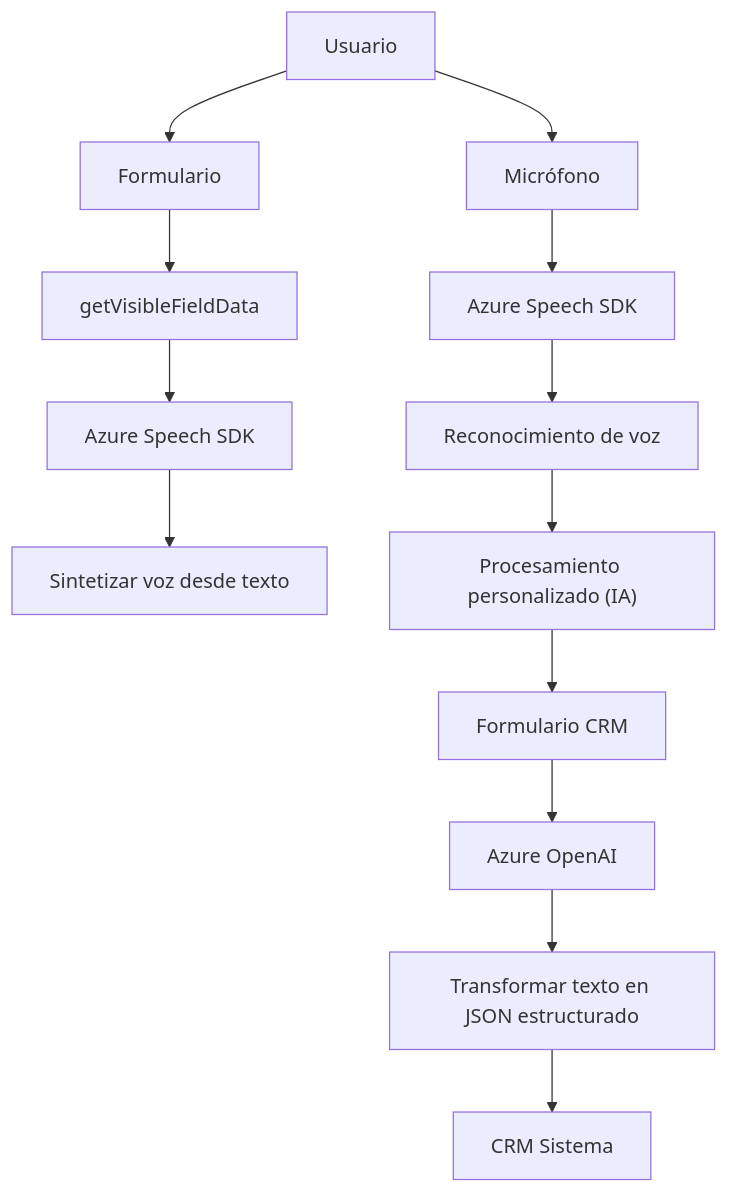
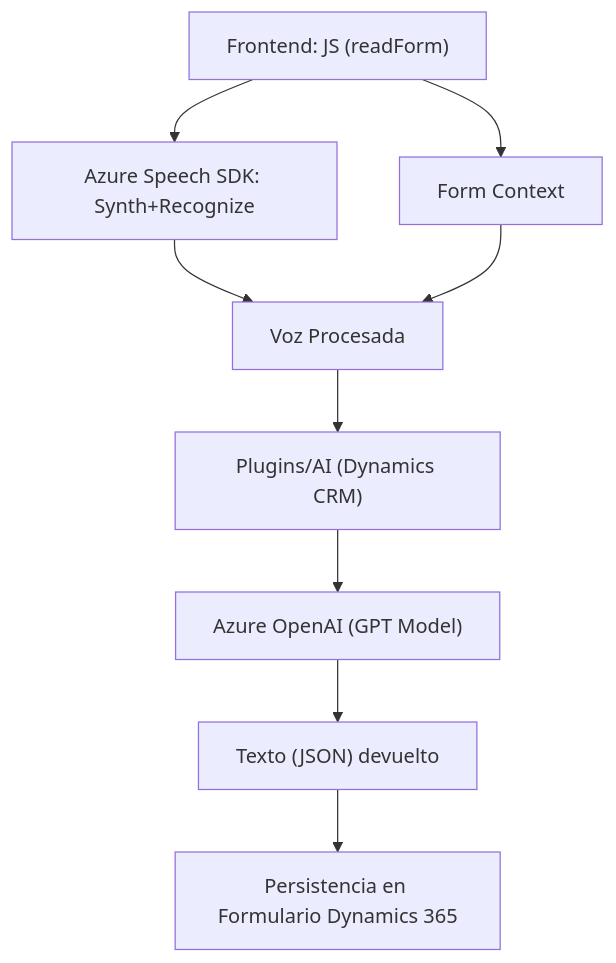
One commit to blopezdm/NETCORE_BILBAO2025 changed the diagram in README.md. Above: the diagram before and after it, drawn with Mermaid. The commit also changed other lines of this file, not shown here.

````diff
--- a/README.md
+++ b/README.md
@@ -41,16 +54,11 @@
 ```mermaid
 graph TD
-    A["Usuario"] --> B["Formulario"]
-    B["Formulario"] --> C["getVisibleFieldData"]
-    C --> D["Azure Speech SDK"]
-    D --> E["Sintetizar voz desde texto"]
-
-    A --> F["Micrófono"]
-    F --> G["Azure Speech SDK"]
-    G --> H["Reconocimiento de voz"]
-    H --> I["Procesamiento personalizado (IA)"]
-    I --> J["Formulario CRM"]
-    J --> K["Azure OpenAI"]
-    K --> L["Transformar texto en JSON estructurado"]
-    L --> M["CRM Sistema"]
+  A["Frontend: JS (readForm)"] --> B["Azure Speech SDK: Synth+Recognize"]
+  A["Frontend: JS (readForm)"] --> C["Form Context"]
+  B["Azure Speech SDK: Synth+Recognize"] --> D["Voz Procesada"]
+  C["Form Context"] --> D["Voz Procesada"]
+  D["Voz Procesada"] --> E["Plugins/AI (Dynamics CRM)"]
+  E["Plugins/AI (Dynamics CRM)"] --> F["Azure OpenAI (GPT Model)"]
+  F["Azure OpenAI (GPT Model)"] --> G["Texto (JSON) devuelto"]
+  G["Texto (JSON) devuelto"] --> H["Persistencia en Formulario Dynamics 365"]
 ```
````
